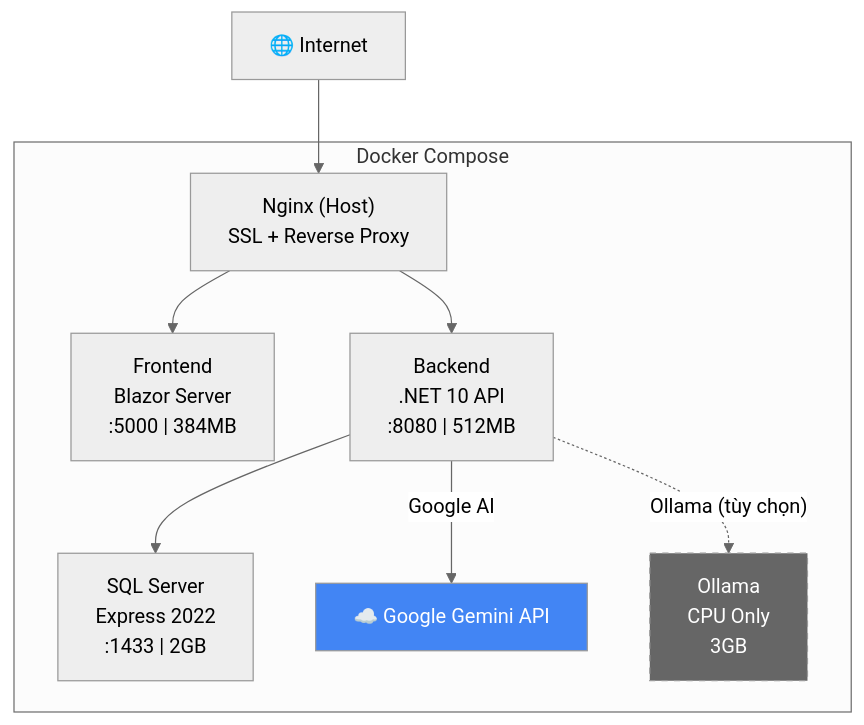
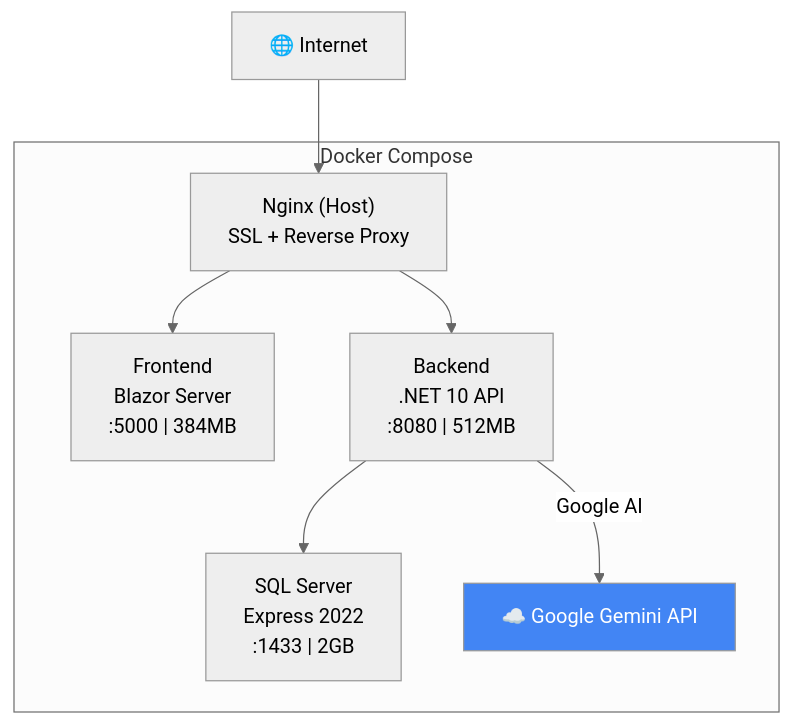
The diagram in .ai_workspace/deployment/deployment_guide.md (Miikey24s/gtas_vpp), drawn with Mermaid (neutral theme) before and after one commit. The commit also changed other lines of this file and 5 other files, not shown here.

````diff
--- a/.ai_workspace/deployment/deployment_guide.md
+++ b/.ai_workspace/deployment/deployment_guide.md
@@ -5,15 +10,13 @@
 ```mermaid
 graph TB
     Internet["🌐 Internet"] --> Nginx["Nginx (Host)<br/>SSL + Reverse Proxy"]
-    
+
     subgraph Docker["Docker Compose"]
         Nginx --> FE["Frontend<br/>Blazor Server<br/>:5000 | 384MB"]
         Nginx --> BE["Backend<br/>.NET 10 API<br/>:8080 | 512MB"]
         BE --> DB["SQL Server<br/>Express 2022<br/>:1433 | 2GB"]
         BE -->|"Google AI"| Google["☁️ Google Gemini API"]
-        BE -.->|"Ollama (tùy chọn)"| Ollama["Ollama<br/>CPU Only<br/>3GB"]
     end
-    
+
     style Google fill:#4285f4,color:#fff
-    style Ollama fill:#666,color:#fff,stroke-dasharray: 5 5
 ```
````
